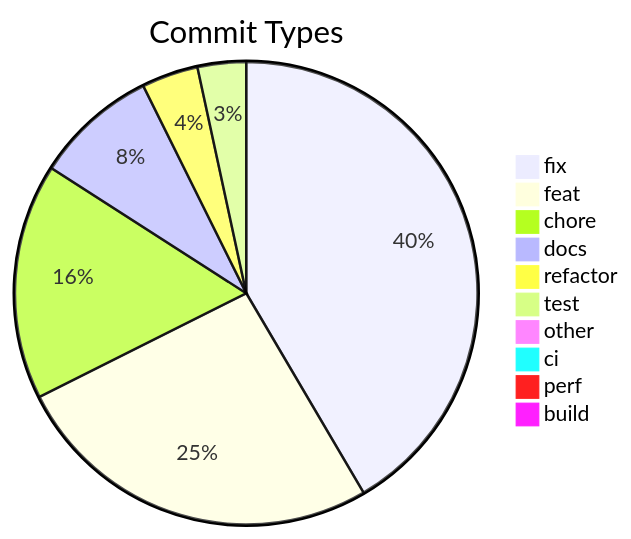
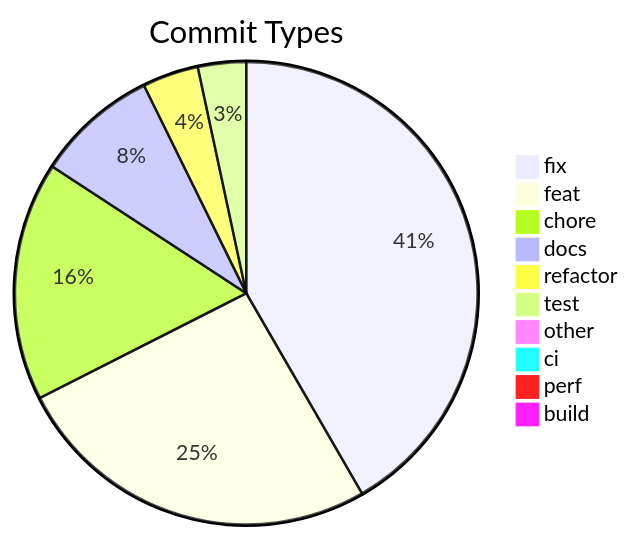
The diagram in .shipwright/compliance/change-history.md (svenroth-ai/shipwright-webui), drawn with Mermaid before and after one commit. The commit also changed other lines of this file and 23 other files, not shown here.

````diff
--- a/.shipwright/compliance/change-history.md
+++ b/.shipwright/compliance/change-history.md
@@ -10,13 +10,13 @@
 ```mermaid
 pie title Commit Types
-    "fix" : 368
+    "fix" : 372
     "feat" : 231
-    "chore" : 146
+    "chore" : 149
     "docs" : 76
     "refactor" : 35
     "test" : 30
     "other" : 9
     "ci" : 8
     "perf" : 5
     "build" : 1
 ```
````
